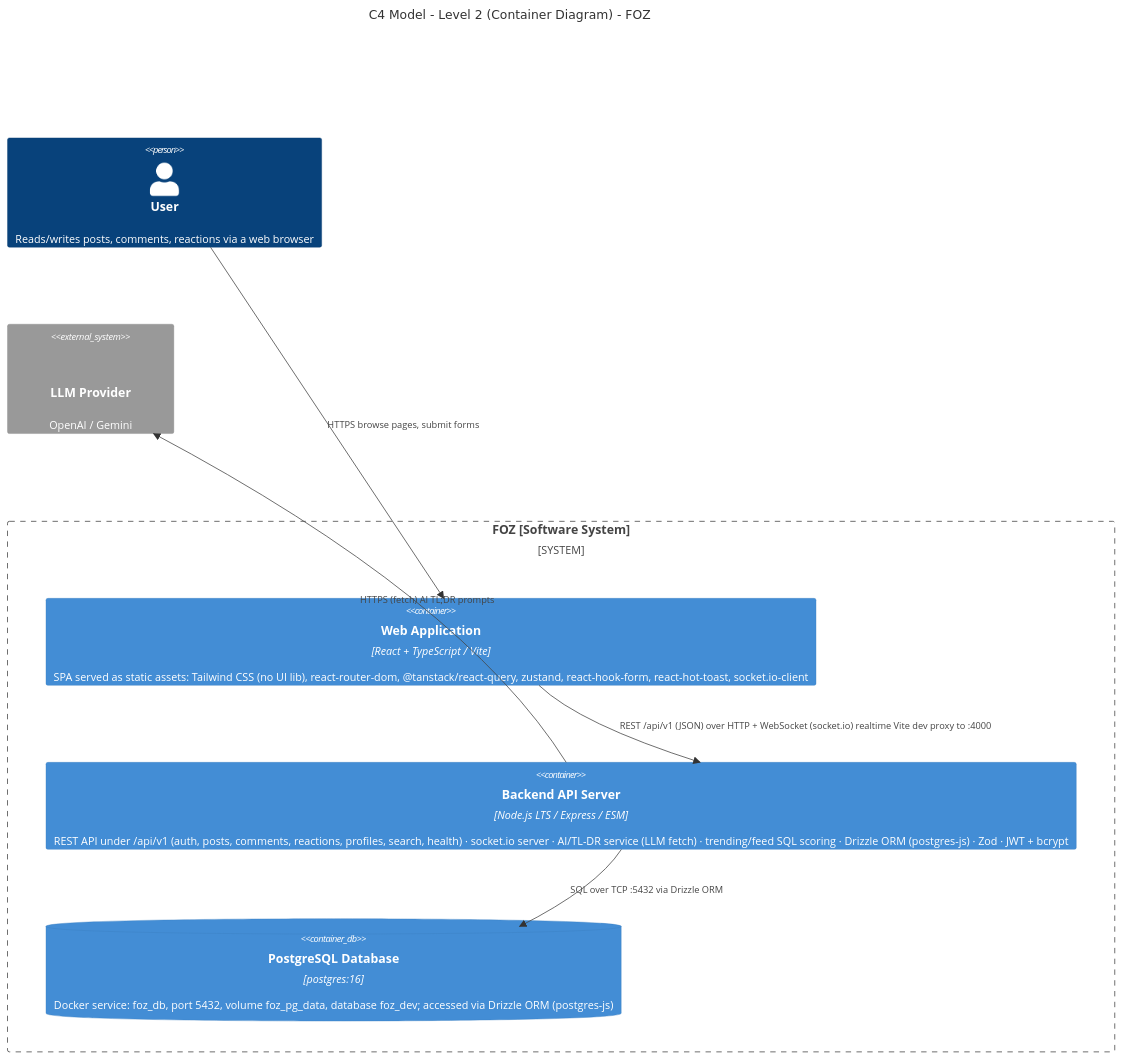
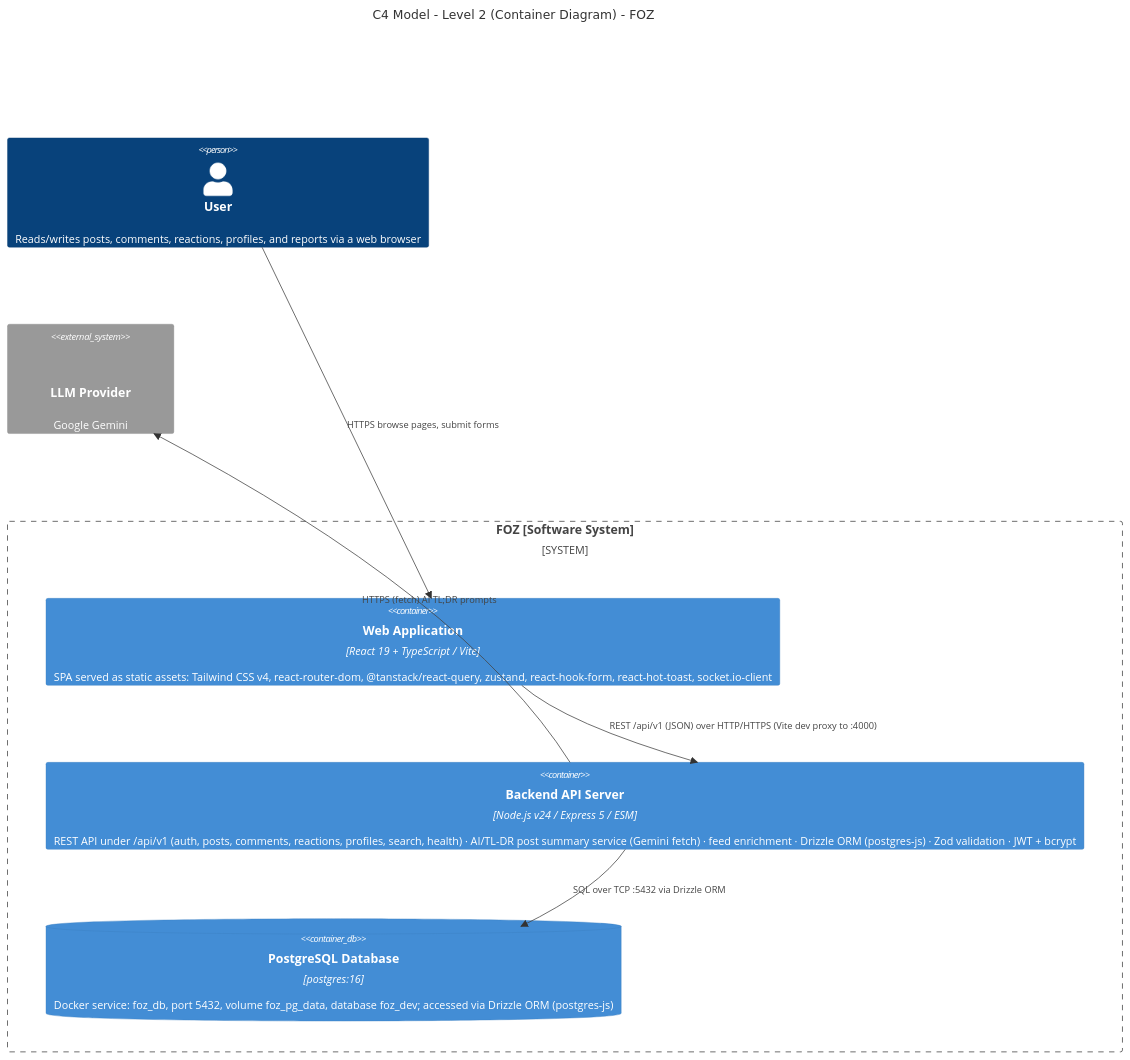
The first of 3 diagrams in docs/01 - PA/PA4-Group06/4C. Software Architecture.md (anvn12/FOZ), drawn with Mermaid before and after one commit. The commit also changed other lines of this file, not shown here.

Commit message:
docs: update feature architect status  in diagram and explanation

````diff
--- a/docs/01 - PA/PA4-Group06/4C. Software Architecture.md
+++ b/docs/01 - PA/PA4-Group06/4C. Software Architecture.md
@@ -7,21 +7,21 @@
 ```mermaid
 C4Container
     title C4 Model - Level 2 (Container Diagram) - FOZ
 
-    Person(User, "User", "Reads/writes posts, comments, reactions via a web browser")
+    Person(User, "User", "Reads/writes posts, comments, reactions, profiles, and reports via a web browser")
 
     System_Boundary(FOZ_Boundary, "FOZ [Software System]", "Threads-style community forum") {
-        Container(WebApp, "Web Application", "React + TypeScript / Vite", "SPA served as static assets: Tailwind CSS (no UI lib), react-router-dom, @tanstack/react-query, zustand, react-hook-form, react-hot-toast, socket.io-client")
+        Container(WebApp, "Web Application", "React 19 + TypeScript / Vite", "SPA served as static assets: Tailwind CSS v4, react-router-dom, @tanstack/react-query, zustand, react-hook-form, react-hot-toast, socket.io-client")
         
-        Container(Backend, "Backend API Server", "Node.js LTS / Express / ESM", "REST API under /api/v1 (auth, posts, comments, reactions, profiles, search, health) · socket.io server · AI/TL-DR service (LLM fetch) · trending/feed SQL scoring · Drizzle ORM (postgres-js) · Zod · JWT + bcrypt")
+        Container(Backend, "Backend API Server", "Node.js v24 / Express 5 / ESM", "REST API under /api/v1 (auth, posts, comments, reactions, profiles, search, health) · AI/TL-DR post summary service (Gemini fetch) · feed enrichment · Drizzle ORM (postgres-js) · Zod validation · JWT + bcrypt")
         
         ContainerDb(Database, "PostgreSQL Database", "postgres:16", "Docker service: foz_db, port 5432, volume foz_pg_data, database foz_dev; accessed via Drizzle ORM (postgres-js)")
     }
 
-    System_Ext(LLMProvider, "LLM Provider", "OpenAI / Gemini", "Generates AI TL;DR summaries via HTTPS")
+    System_Ext(LLMProvider, "LLM Provider", "Google Gemini", "Generates AI TL;DR summaries and key comment highlights via HTTPS REST API")
 
     Rel(User, WebApp, "HTTPS browse pages, submit forms")
-    Rel(WebApp, Backend, "REST /api/v1 (JSON) over HTTP + WebSocket (socket.io) realtime Vite dev proxy to :4000")
+    Rel(WebApp, Backend, "REST /api/v1 (JSON) over HTTP/HTTPS (Vite dev proxy to :4000)")
     Rel(Backend, Database, "SQL over TCP :5432 via Drizzle ORM")
     Rel(Backend, LLMProvider, "HTTPS (fetch) AI TL;DR prompts")
 ```
````
